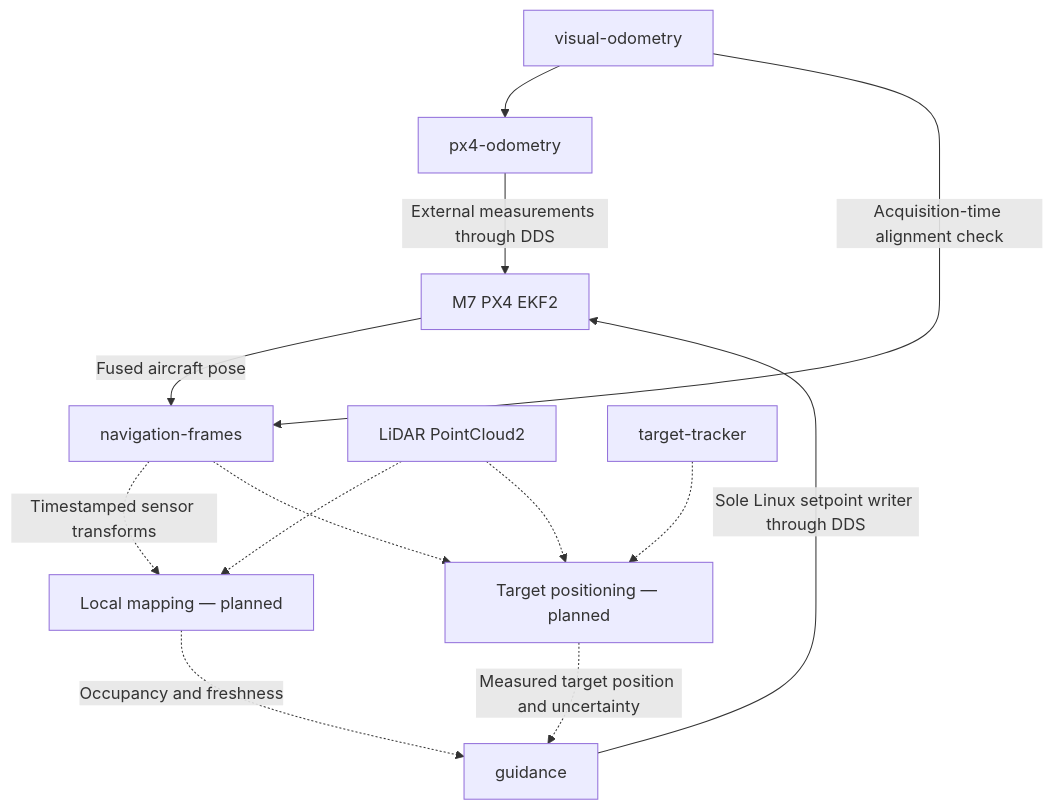
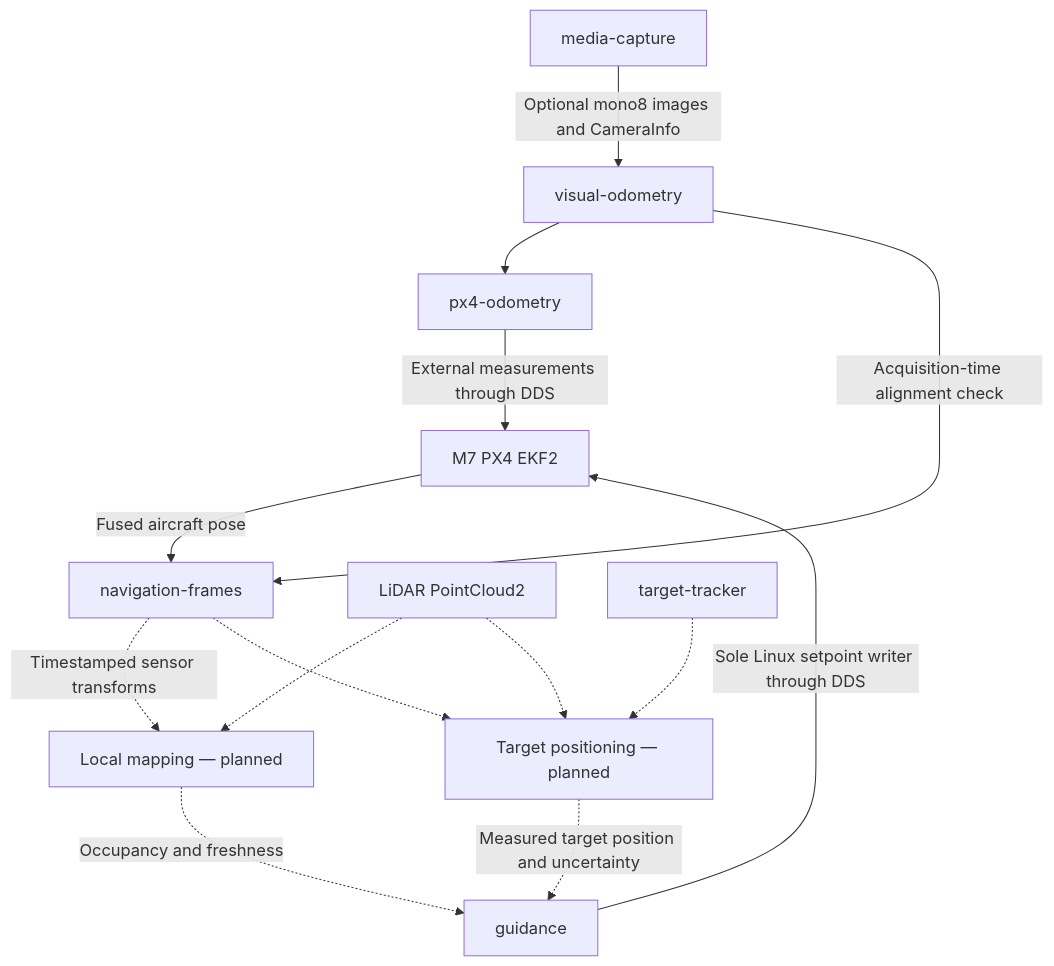
The fourth of 5 diagrams in src/README.md (Swamy-BV/meta-raven), drawn with Mermaid before and after one commit. The commit also changed 14 other files, not shown here.

````diff
--- a/src/README.md
+++ b/src/README.md
@@ -75,15 +75,16 @@
 ```mermaid
 flowchart TD
-    vio[visual-odometry] --> adapter[px4-odometry]
+    capture[media-capture] -->|Optional mono8 images and CameraInfo| vio[visual-odometry]
+    vio --> adapter[px4-odometry]
     adapter -->|External measurements through DDS| px4[M7 PX4 EKF2]
     px4 -->|Fused aircraft pose| frames[navigation-frames]
     vio -->|Acquisition-time alignment check| frames
     lidar[LiDAR PointCloud2] -.-> mapper[Local mapping — planned]
     frames -.->|Timestamped sensor transforms| mapper
     tracks[target-tracker] -.-> depth[Target positioning — planned]
     lidar -.-> depth
     frames -.-> depth
     mapper -.->|Occupancy and freshness| guidance[guidance]
     depth -.->|Measured target position and uncertainty| guidance
     guidance -->|Sole Linux setpoint writer through DDS| px4
 ```
````
